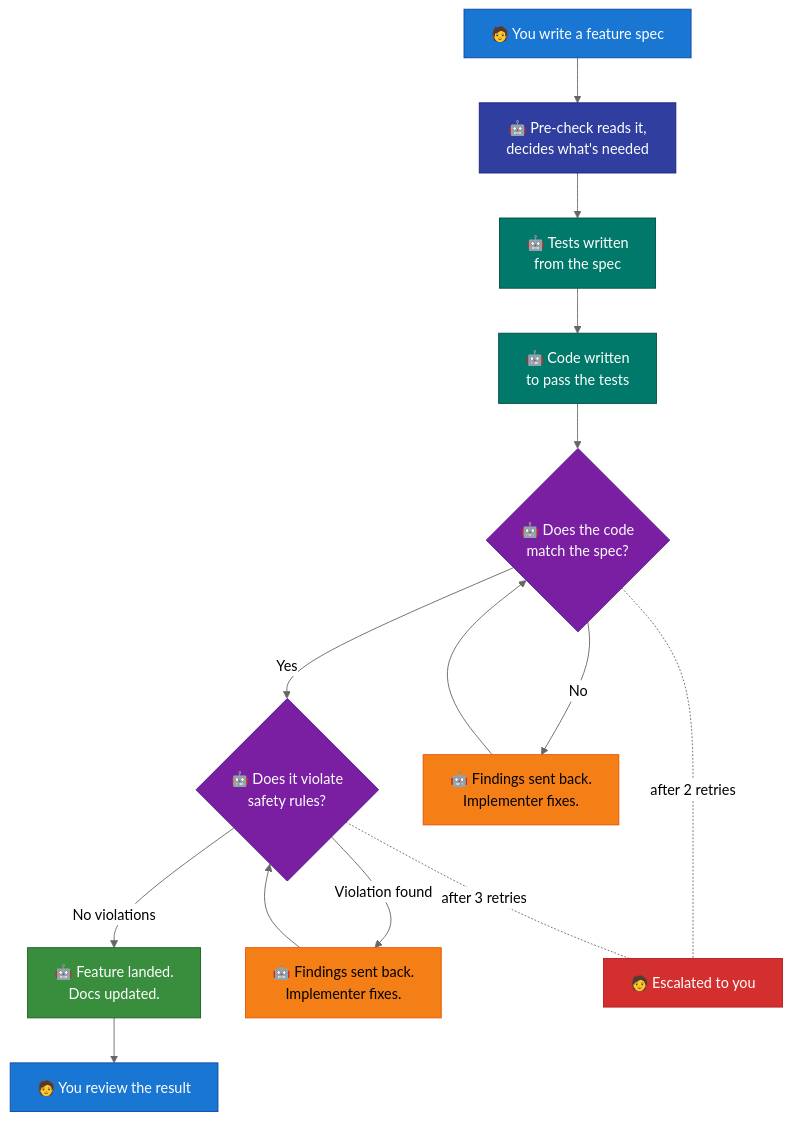
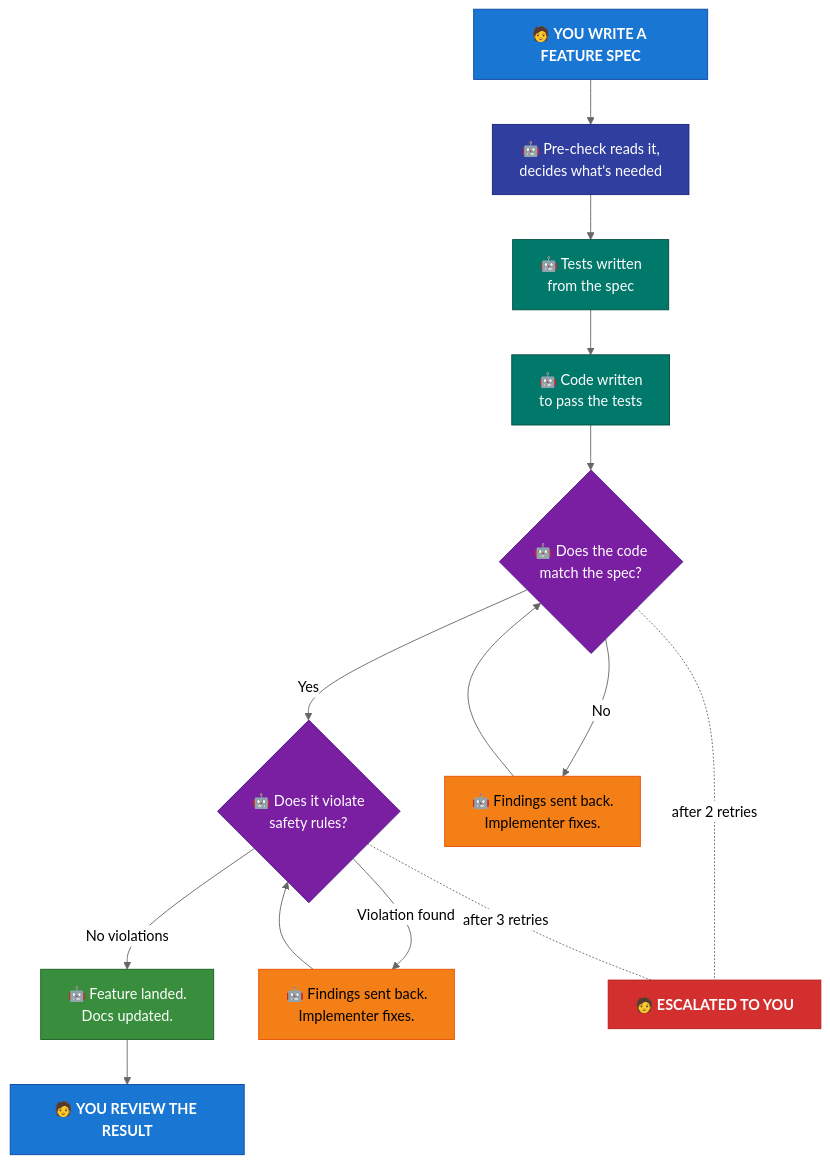
Before and after one commit to TejGandham/keel: the second of 2 diagrams in README.md, drawn with Mermaid (neutral theme). The commit also changed other lines of this file and 1 other file, not shown here.

Commit message:
docs: prominent human nodes, garbage collection knowledge loop
- Human nodes now bold uppercase (YOU WRITE / YOU REVIEW / ESCALATED)
  to visually distinguish from agent nodes in both README and
  HOW-IT-WORKS diagrams
- Replaced disconnected "Feature 20 benefits from 1-19" with
  explanation of how garbage collection feeds lessons back into
  the repo — next feature starts smarter because the repo got
  smarter from the last one
- HOW-IT-WORKS rewritten as story flow: pipeline → context passing →
  gate decisions → routing → agent roster

````diff
--- a/README.md
+++ b/README.md
@@ -24,29 +24,29 @@
 ```mermaid
 graph TD
-    Spec["🧑 You write a feature spec"] --> PC["🤖 Pre-check reads it,<br/>decides what's needed"]
+    Spec["🧑 <b>YOU WRITE A FEATURE SPEC</b>"] --> PC["🤖 Pre-check reads it,<br/>decides what's needed"]
     PC --> TW["🤖 Tests written<br/>from the spec"]
     TW --> IMP["🤖 Code written<br/>to pass the tests"]
     IMP --> Gate{"🤖 Does the code<br/>match the spec?"}
     Gate -->|Yes| Safe{"🤖 Does it violate<br/>safety rules?"}
     Gate -->|No| Fix["🤖 Findings sent back.<br/>Implementer fixes."]
     Fix --> Gate
     Safe -->|No violations| Land["🤖 Feature landed.<br/>Docs updated."]
     Safe -->|Violation found| Fix2["🤖 Findings sent back.<br/>Implementer fixes."]
     Fix2 --> Safe
-    Land --> PR["🧑 You review the result"]
+    Land --> PR["🧑 <b>YOU REVIEW THE RESULT</b>"]
 
-    Gate -.-|"after 2 retries"| Esc["🧑 Escalated to you"]
+    Gate -.-|"after 2 retries"| Esc["🧑 <b>ESCALATED TO YOU</b>"]
     Safe -.-|"after 3 retries"| Esc
 
     style Spec fill:#1976D2,stroke:#0D47A1,color:#fff
     style PC fill:#303F9F,stroke:#1A237E,color:#fff
     style TW fill:#00796B,stroke:#004D40,color:#fff
     style IMP fill:#00796B,stroke:#004D40,color:#fff
     style Gate fill:#7B1FA2,stroke:#4A148C,color:#fff
     style Safe fill:#7B1FA2,stroke:#4A148C,color:#fff
     style Fix fill:#F57F17,stroke:#E65100,color:#000
     style Fix2 fill:#F57F17,stroke:#E65100,color:#000
     style Land fill:#388E3C,stroke:#1B5E20,color:#fff
     style PR fill:#1976D2,stroke:#0D47A1,color:#fff
     style Esc fill:#D32F2F,stroke:#B71C1C,color:#fff
 ```
````
